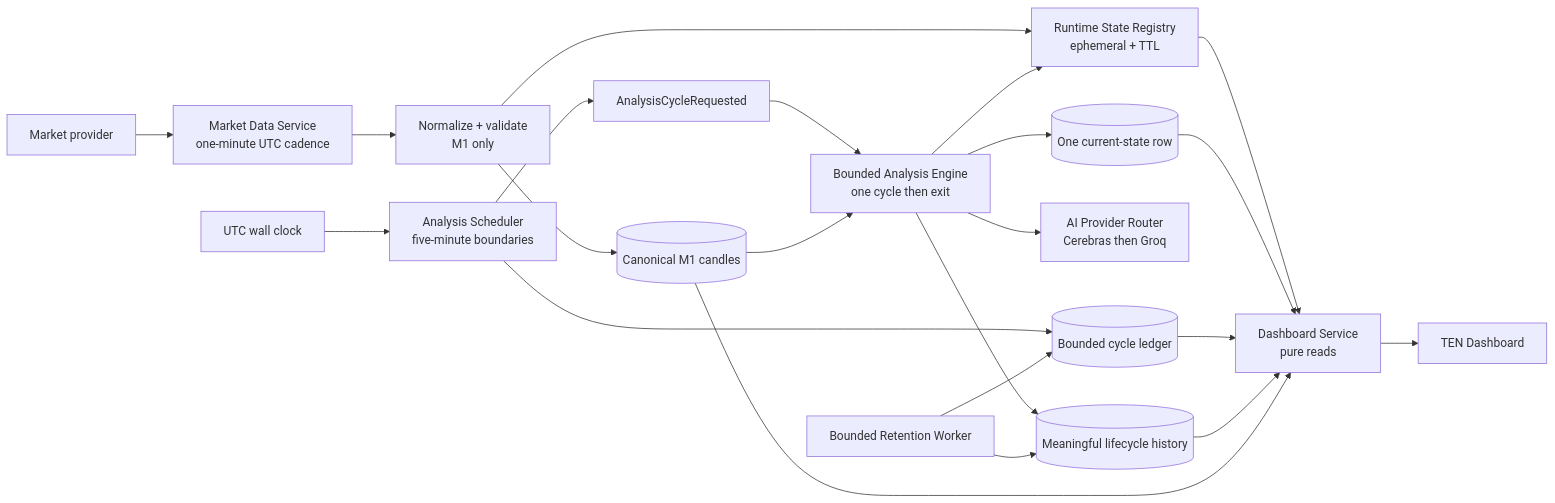
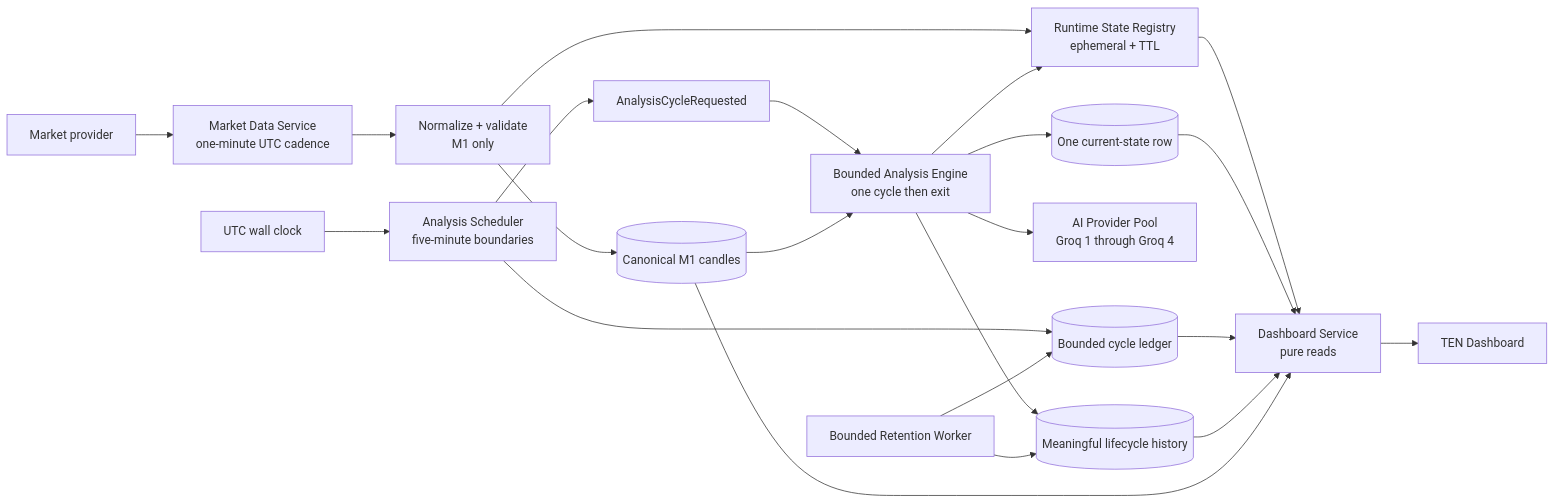
One commit to Typhon-Namira/Ten changed the first of 3 diagrams in docs/ten-architecture-v2-proposal.md. Above: the diagram before and after it, drawn with Mermaid. The commit also changed other lines of this file and 32 other files, not shown here.

Commit message:
Replace Cerebras with four-account Groq pool

````diff
--- a/docs/ten-architecture-v2-proposal.md
+++ b/docs/ten-architecture-v2-proposal.md
@@ -25,27 +25,27 @@
 ```mermaid
 flowchart LR
     Provider["Market provider"] --> Market["Market Data Service<br/>one-minute UTC cadence"]
     Market --> Validate["Normalize + validate<br/>M1 only"]
     Validate --> Candles[("Canonical M1 candles")]
     Validate --> Runtime["Runtime State Registry<br/>ephemeral + TTL"]
 
     Clock["UTC wall clock"] --> Scheduler["Analysis Scheduler<br/>five-minute boundaries"]
     Scheduler --> Cycles[("Bounded cycle ledger")]
     Scheduler --> Queue["AnalysisCycleRequested"]
     Queue --> Engine["Bounded Analysis Engine<br/>one cycle then exit"]
     Candles --> Engine
-    Engine --> AIRouter["AI Provider Router<br/>Cerebras then Groq"]
+    Engine --> AIRouter["AI Provider Pool<br/>Groq 1 through Groq 4"]
     Engine --> Current[("One current-state row")]
     Engine --> History[("Meaningful lifecycle history")]
     Engine --> Runtime
 
     Runtime --> Dashboard["Dashboard Service<br/>pure reads"]
     Current --> Dashboard
     Cycles --> Dashboard
     History --> Dashboard
     Candles --> Dashboard
     Dashboard --> UI["TEN Dashboard"]
 
     Retention["Bounded Retention Worker"] --> Cycles
     Retention --> History
 ```
````
